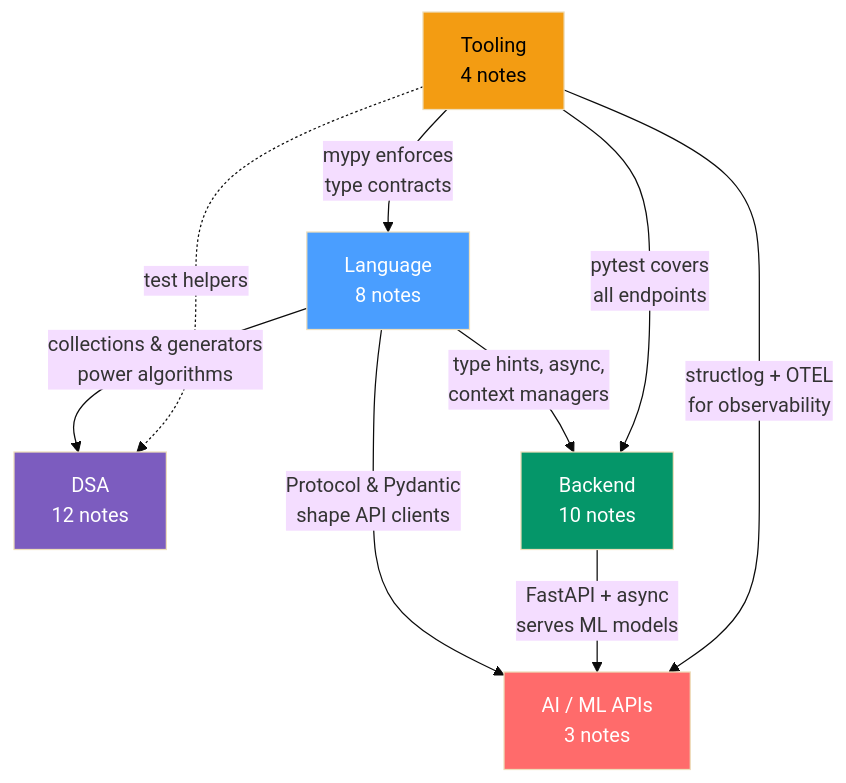
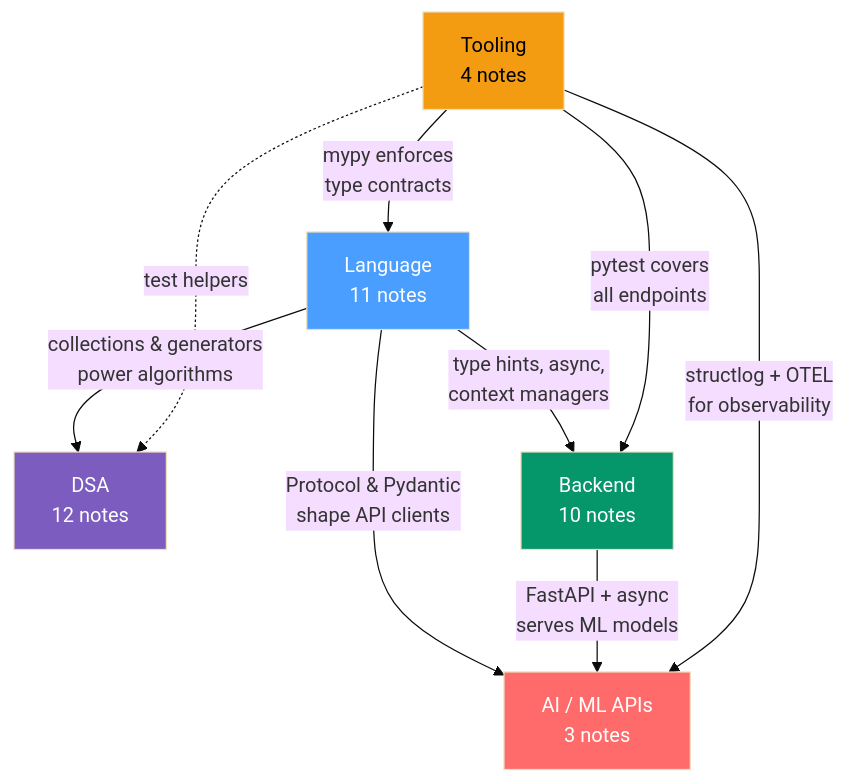
One commit to karanjain1601/Obsidian-Monday changed the diagram in Python/_MOC_Python.md. Above: the diagram before and after it, drawn with Mermaid (base theme). The commit also changed other lines of this file and 818 other files, not shown here.

````diff
--- a/Python/_MOC_Python.md
+++ b/Python/_MOC_Python.md
@@ -21,23 +21,23 @@
 ```mermaid
 graph TD
-    LANG["Language\n8 notes"]
+    LANG["Language\n11 notes"]
     DSA["DSA\n12 notes"]
     BACK["Backend\n10 notes"]
     AIML["AI / ML APIs\n3 notes"]
     TOOL["Tooling\n4 notes"]
 
     LANG -->|"collections & generators\npower algorithms"| DSA
     LANG -->|"type hints, async,\ncontext managers"| BACK
     LANG -->|"Protocol & Pydantic\nshape API clients"| AIML
     BACK -->|"FastAPI + async\nserves ML models"| AIML
     TOOL -->|"mypy enforces\ntype contracts"| LANG
     TOOL -->|"pytest covers\nall endpoints"| BACK
     TOOL -->|"structlog + OTEL\nfor observability"| AIML
     TOOL -.->|"test helpers"| DSA
 
     style LANG fill:#4a9eff,color:#fff
     style DSA fill:#7c5cbf,color:#fff
     style BACK fill:#059669,color:#fff
     style AIML fill:#ff6b6b,color:#fff
     style TOOL fill:#f39c12,color:#000
 ```
````
